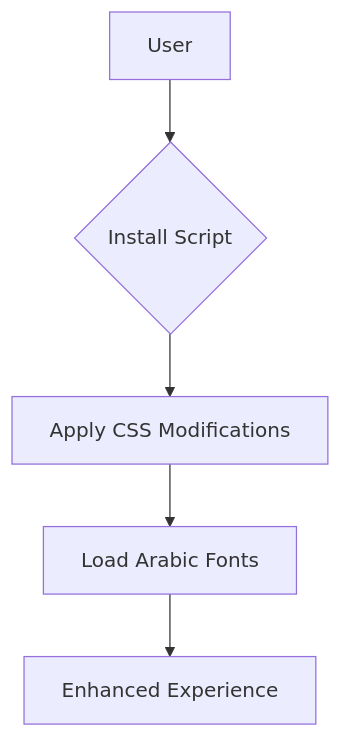
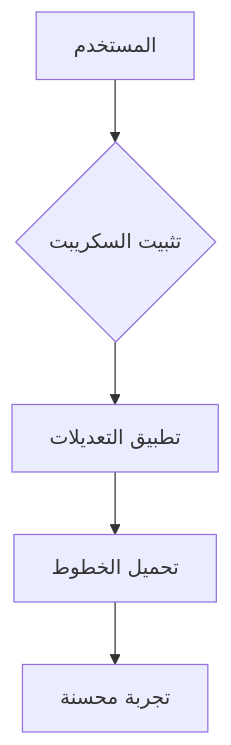
One commit to SMSMy/deepseek-arab changed the diagram in README.md. Above: the diagram before and after it, drawn with Mermaid. The commit also changed other lines of this file, not shown here.

````diff
--- a/README.md
+++ b/README.md
@@ -78,7 +85,7 @@
 ```mermaid
 graph TD
-  A[User] --> B{Install Script}
-  B --> C[Apply CSS Modifications]
-  C --> D[Load Arabic Fonts]
-  D --> E[Enhanced Experience]
+  A[المستخدم] --> B{تثبيت السكريبت}
+  B --> C[تطبيق التعديلات]
+  C --> D[تحميل الخطوط]
+  D --> E[تجربة محسنة]
 ```
````
